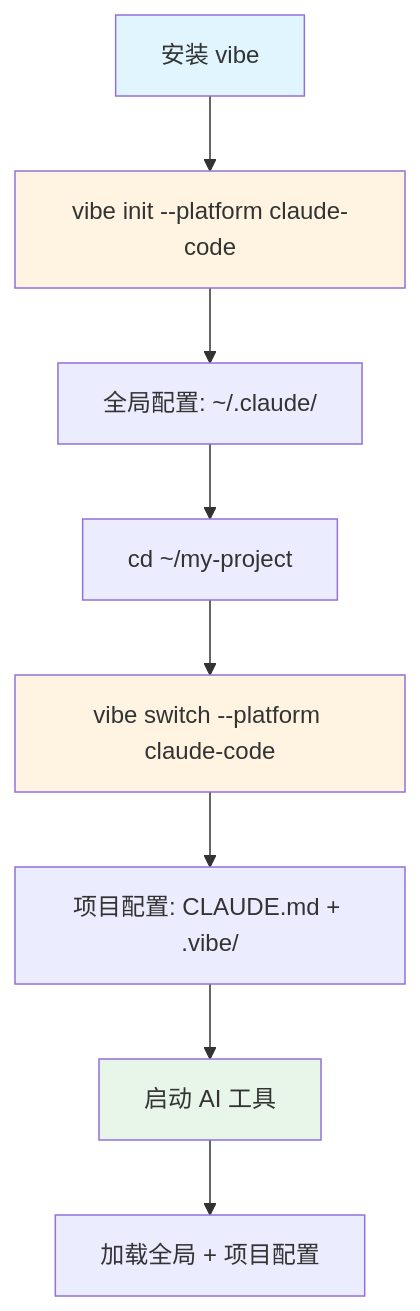
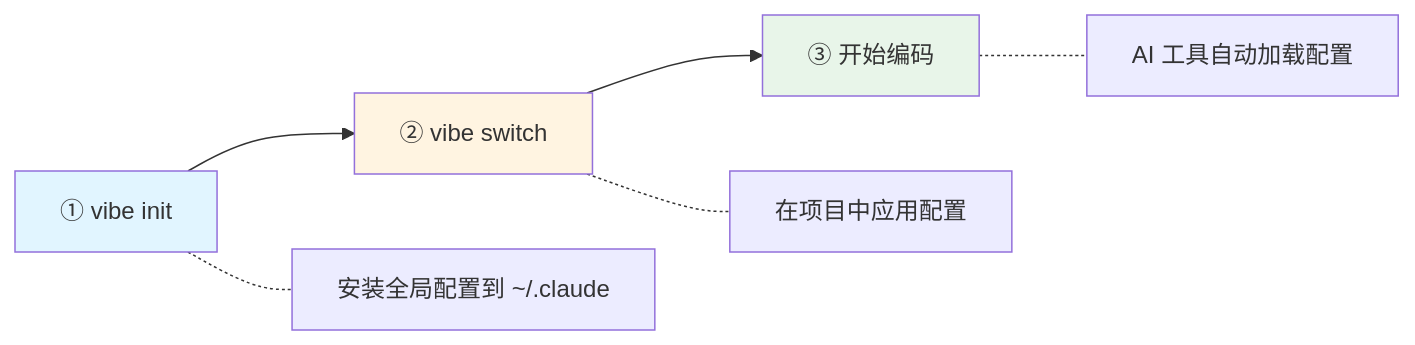
One commit to nehcuh/claude-code-workflow changed the first of 2 diagrams in README.zh-CN.md. Above: the diagram before and after it, drawn with Mermaid. The commit also changed other lines of this file and 1 other file, not shown here.

````diff
--- a/README.zh-CN.md
+++ b/README.zh-CN.md
@@ -224,15 +190,11 @@
 ```mermaid
-graph TB
-    A[安装 vibe] --> B[vibe init --platform claude-code]
-    B --> C[全局配置: ~/.claude/]
-    C --> D[cd ~/my-project]
-    D --> E[vibe switch --platform claude-code]
-    E --> F[项目配置: CLAUDE.md + .vibe/]
-    F --> G[启动 AI 工具]
-    G --> H[加载全局 + 项目配置]
+graph LR
+    A["① vibe init"] --> B["② vibe switch"] --> C["③ 开始编码"]
+    A -.- A1["安装全局配置到 ~/.claude"]
+    B -.- B1["在项目中应用配置"]
+    C -.- C1["AI 工具自动加载配置"]
 
     style A fill:#e1f5ff
     style B fill:#fff4e1
-    style E fill:#fff4e1
-    style G fill:#e8f5e9
+    style C fill:#e8f5e9
 ```
````
